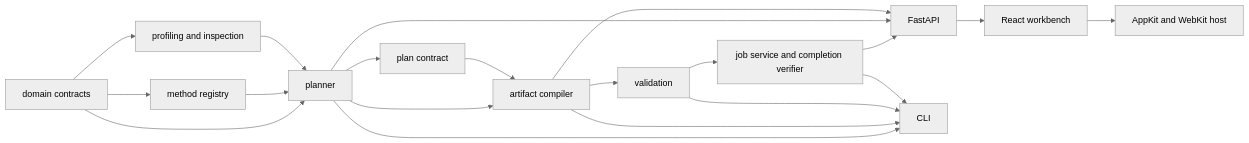
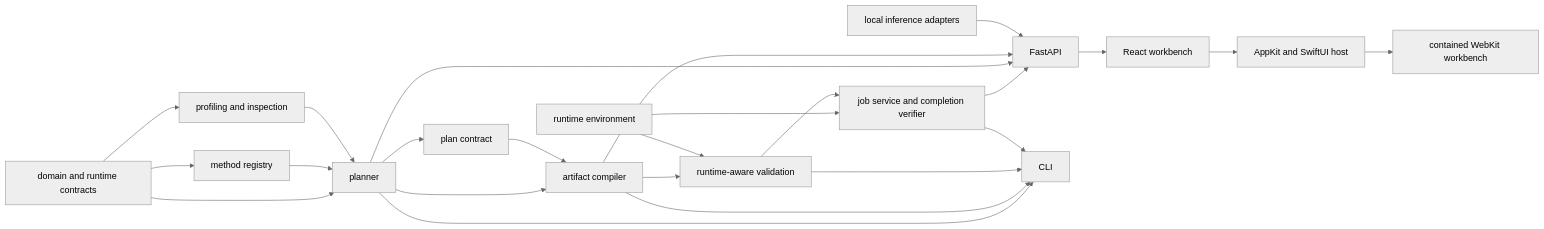
Before and after one commit to ogprotege/Aptus: the diagram in docs/architecture/code-map.md, drawn with Mermaid (neutral theme). The commit also changed other lines of this file and 126 other files, not shown here.

````diff
--- a/docs/architecture/code-map.md
+++ b/docs/architecture/code-map.md
@@ -54,22 +56,26 @@
 ```mermaid
 flowchart LR
-  D["domain contracts"] --> MR["method registry"]
+  D["domain and runtime contracts"] --> MR["method registry"]
   D --> P["profiling and inspection"]
   D --> PL["planner"]
   MR --> PL
   P --> PL
   PL --> PC["plan contract"]
   PL --> G["artifact compiler"]
   PC --> G
-  G --> V["validation"]
+  G --> V["runtime-aware validation"]
+  RE["runtime environment"] --> V
+  RE --> E
   V --> E["job service and completion verifier"]
   E --> A["FastAPI"]
   PL --> A
   G --> A
   A --> W["React workbench"]
-  W --> M["AppKit and WebKit host"]
+  W --> M["AppKit and SwiftUI host"]
+  M --> CW["contained WebKit workbench"]
+  I["local inference adapters"] --> A
   PL --> C["CLI"]
   G --> C
   V --> C
   E --> C
 ```
````
